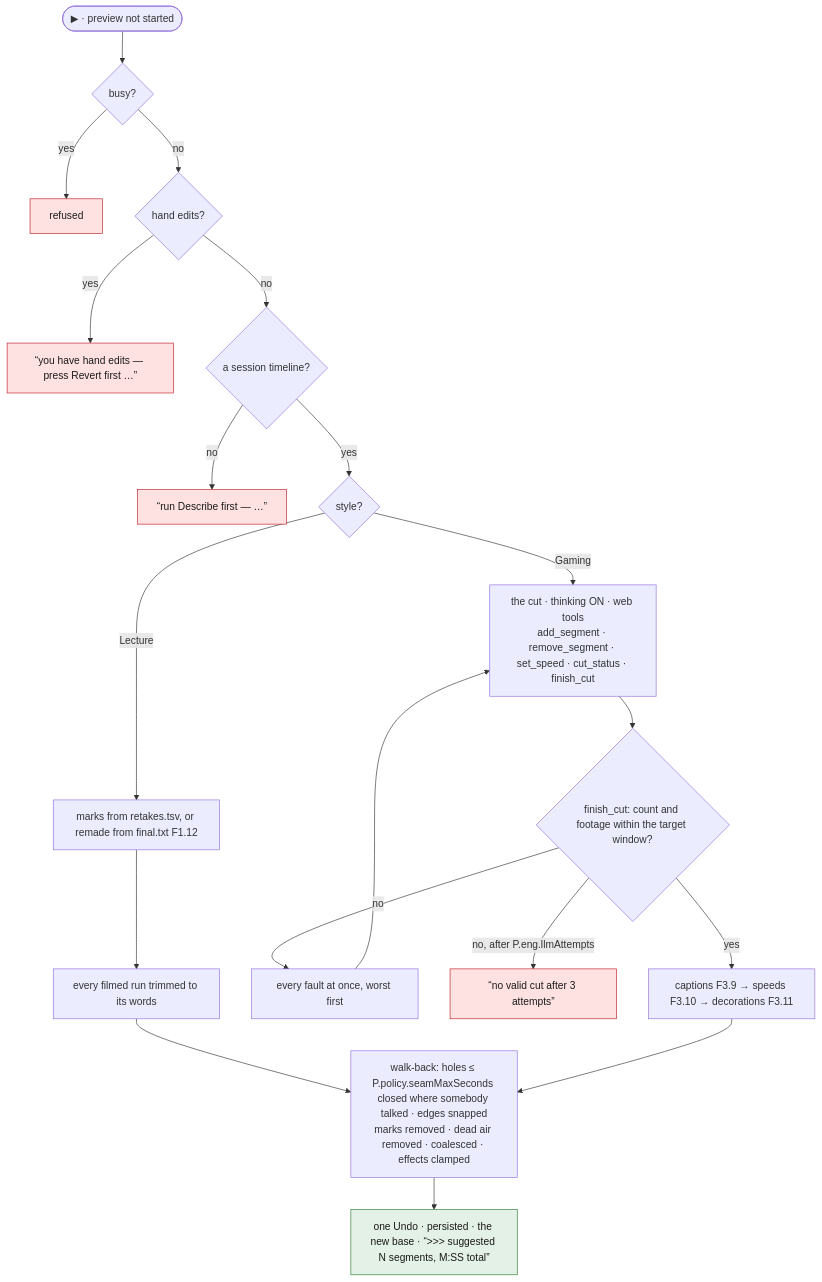
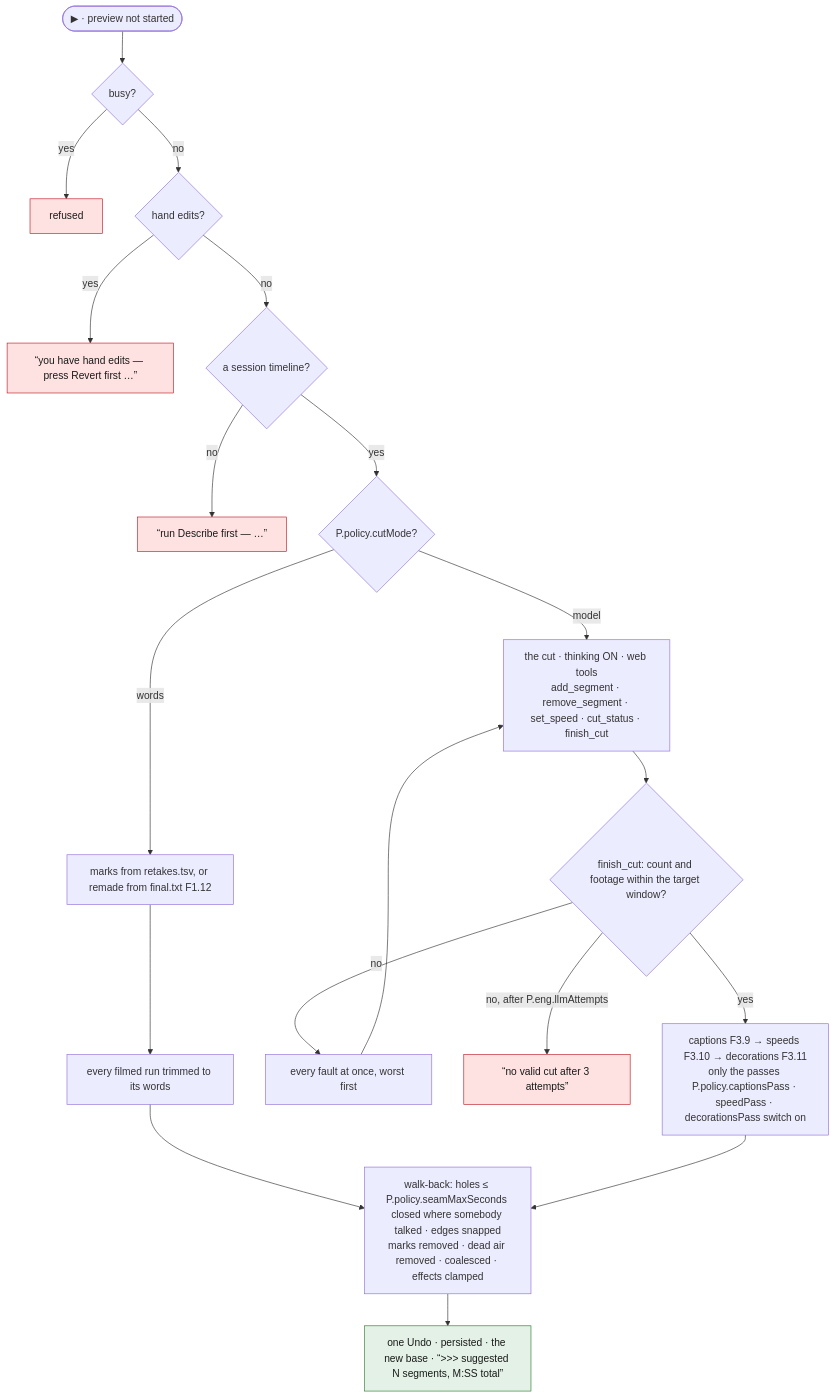
Diagram 13 of 13 in spec/05-cut.md (tbocek/naivepost), drawn with Mermaid before and after one commit. The commit also changed other lines of this file and 24 other files, not shown here.

````diff
--- a/spec/05-cut.md
+++ b/spec/05-cut.md
@@ -326,24 +346,24 @@
 ```mermaid
 flowchart TD
   A(["▶ · preview not started"]) --> G1{"busy?"}
   G1 -- yes --> R0["refused"]:::refuse
   G1 -- no --> G2{"hand edits?"}
   G2 -- yes --> R1["“you have hand edits — press Revert first …”"]:::refuse
   G2 -- no --> G3{"a session timeline?"}
   G3 -- no --> R2["“run Describe first — …”"]:::refuse
-  G3 -- yes --> ST{"style?"}
-  ST -- Lecture --> L1["marks from retakes.tsv, or remade from final.txt F1.12"]
+  G3 -- yes --> ST{"P.policy.cutMode?"}
+  ST -- words --> L1["marks from retakes.tsv, or remade from final.txt F1.12"]
   L1 --> L2["every filmed run trimmed to its words"]
   L2 --> WB
-  ST -- Gaming --> M1["the cut · thinking ON · web tools<br/>add_segment · remove_segment · set_speed · cut_status · finish_cut"]
+  ST -- model --> M1["the cut · thinking ON · web tools<br/>add_segment · remove_segment · set_speed · cut_status · finish_cut"]
   M1 --> FC{"finish_cut: count and footage within the target window?"}
   FC -- no --> FIX["every fault at once, worst first"] --> M1
   FC -- "no, after P.eng.llmAttempts" --> FAIL["“no valid cut after 3 attempts”"]:::refuse
-  FC -- yes --> M2["captions F3.9 → speeds F3.10 → decorations F3.11"]
+  FC -- yes --> M2["captions F3.9 → speeds F3.10 → decorations F3.11<br/>only the passes P.policy.captionsPass · speedPass · decorationsPass switch on"]
   M2 --> WB
   WB["walk-back: holes ≤ P.policy.seamMaxSeconds closed where somebody talked · edges snapped<br/>marks removed · dead air removed · coalesced · effects clamped"]
   WB --> DONE["one Undo · persisted · the new base · “>>> suggested N segments, M:SS total”"]:::done
   classDef refuse fill:#fde2e1,stroke:#c01c28,color:#1a1a1a
   classDef done fill:#e3f1e6,stroke:#2e7d32,color:#1a1a1a
   classDef ask fill:#e8eefc,stroke:#3a63c8,color:#1a1a1a
 ```
````
